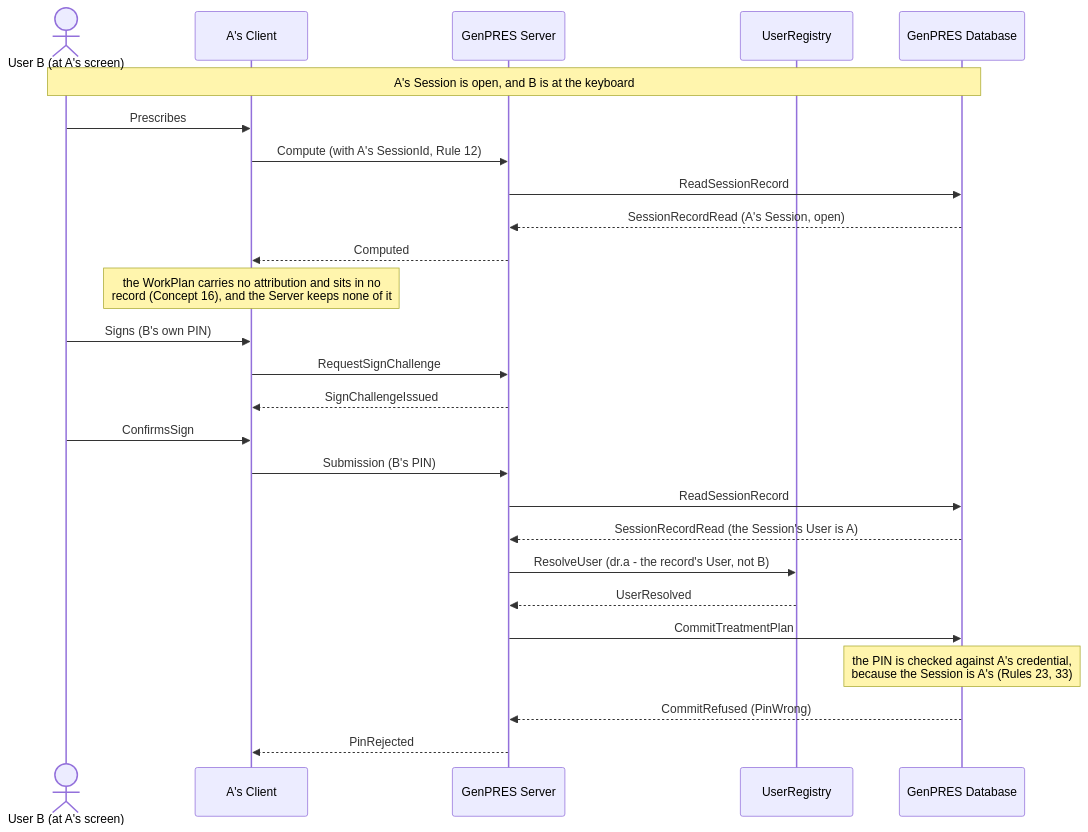
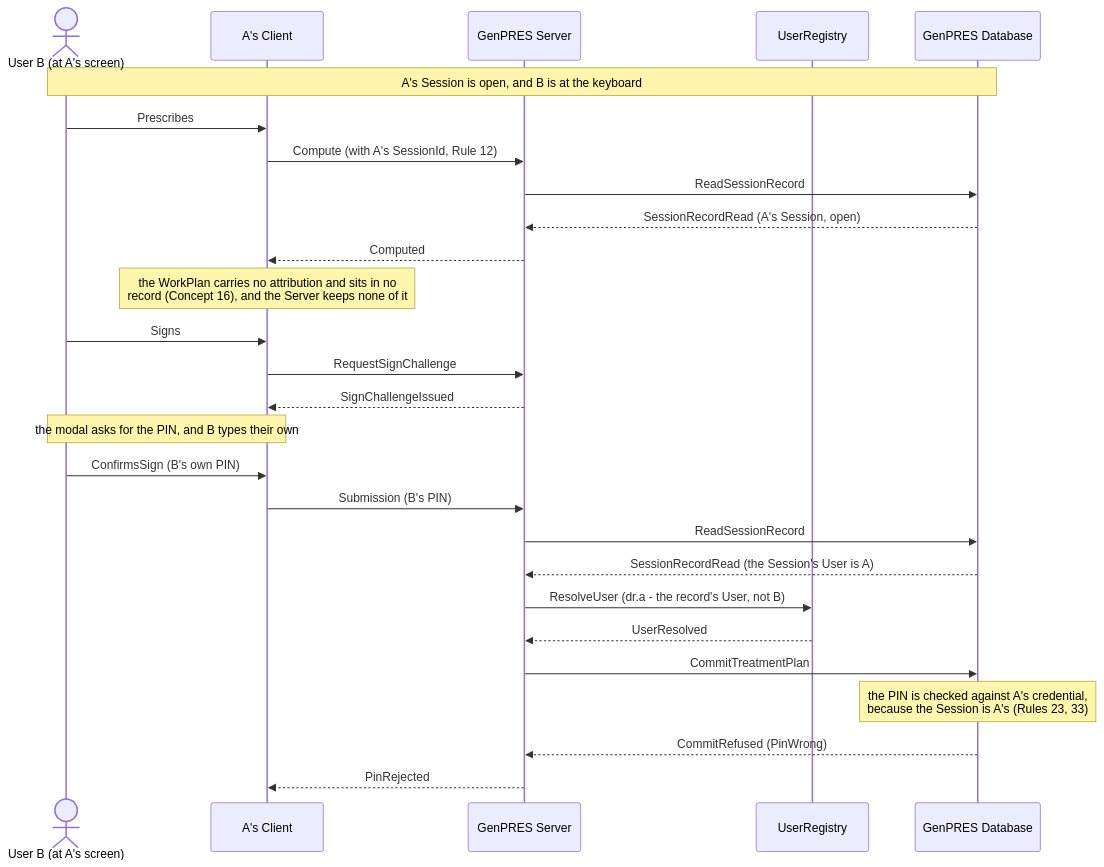
One commit to informedica/GenPRES changed the diagram in docs/scenarios/integration/uc-05-workstation-takeover.md. Above: the diagram before and after it, drawn with Mermaid. The commit also changed 11 other files, not shown here.

Commit message:
chore: clean up old docs and add integration doc, fix number of sequence diagrams

````diff
--- a/docs/scenarios/integration/uc-05-workstation-takeover.md
+++ b/docs/scenarios/integration/uc-05-workstation-takeover.md
@@ -9,32 +9,33 @@
 ```mermaid
 sequenceDiagram
     actor B as User B (at A's screen)
     participant C as A's Client
     participant S as GenPRES Server
     participant R as UserRegistry
     participant D as GenPRES Database
 
     Note over B,D: A's Session is open, and B is at the keyboard
 
     B->>C: Prescribes
     C->>S: Compute (with A's SessionId, Rule 12)
     S->>D: ReadSessionRecord
     D-->>S: SessionRecordRead (A's Session, open)
     S-->>C: Computed
     Note over C: the WorkPlan carries no attribution and sits in no<br/>record (Concept 16), and the Server keeps none of it
 
-    B->>C: Signs (B's own PIN)
+    B->>C: Signs
     C->>S: RequestSignChallenge
     S-->>C: SignChallengeIssued
-    B->>C: ConfirmsSign
+    Note over B,C: the modal asks for the PIN, and B types their own
+    B->>C: ConfirmsSign (B's own PIN)
     C->>S: Submission (B's PIN)
 
     S->>D: ReadSessionRecord
     D-->>S: SessionRecordRead (the Session's User is A)
     S->>R: ResolveUser (dr.a - the record's User, not B)
     R-->>S: UserResolved
     S->>D: CommitTreatmentPlan
     Note over D: the PIN is checked against A's credential,<br/>because the Session is A's (Rules 23, 33)
     D-->>S: CommitRefused (PinWrong)
     S-->>C: PinRejected
 ```
````
